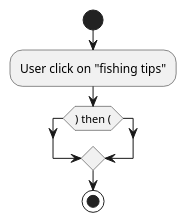
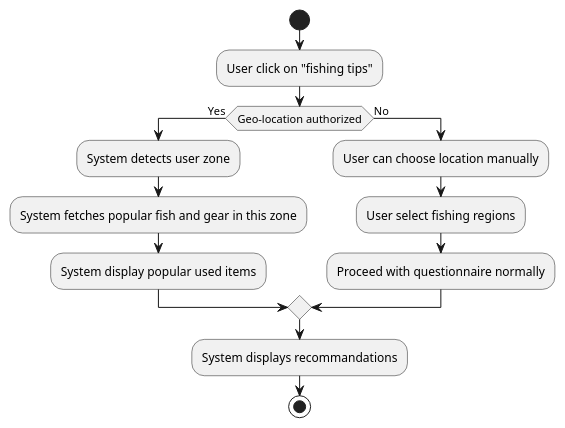
One commit to Orygyne/Fish-learning changed the diagram in Conception/Diagrammes/Activities/UserFeatures/ActivateLocationForTipsActivity.puml. Above: the diagram before and after it, drawn with PlantUML.

Commit message:
Ajout du diagramme d'utilisation de la géolocalisation dans le choix de matériel.

```diff
--- a/Conception/Diagrammes/Activities/UserFeatures/ActivateLocationForTipsActivity.puml
+++ b/Conception/Diagrammes/Activities/UserFeatures/ActivateLocationForTipsActivity.puml
@@ -1,9 +1,16 @@
 @startuml ActivateLocationForTips
 
 start
 :User click on "fishing tips";
-if () then ()
-else ()
+if (Geo-location authorized) then (Yes)
+    :System detects user zone;
+    :System fetches popular fish and gear in this zone;
+    :System display popular used items;
+else (No)
+    :User can choose location manually;
+    :User select fishing regions;
+    :Proceed with questionnaire normally;
 endif
+:System displays recommandations;
 stop
 @enduml
```
